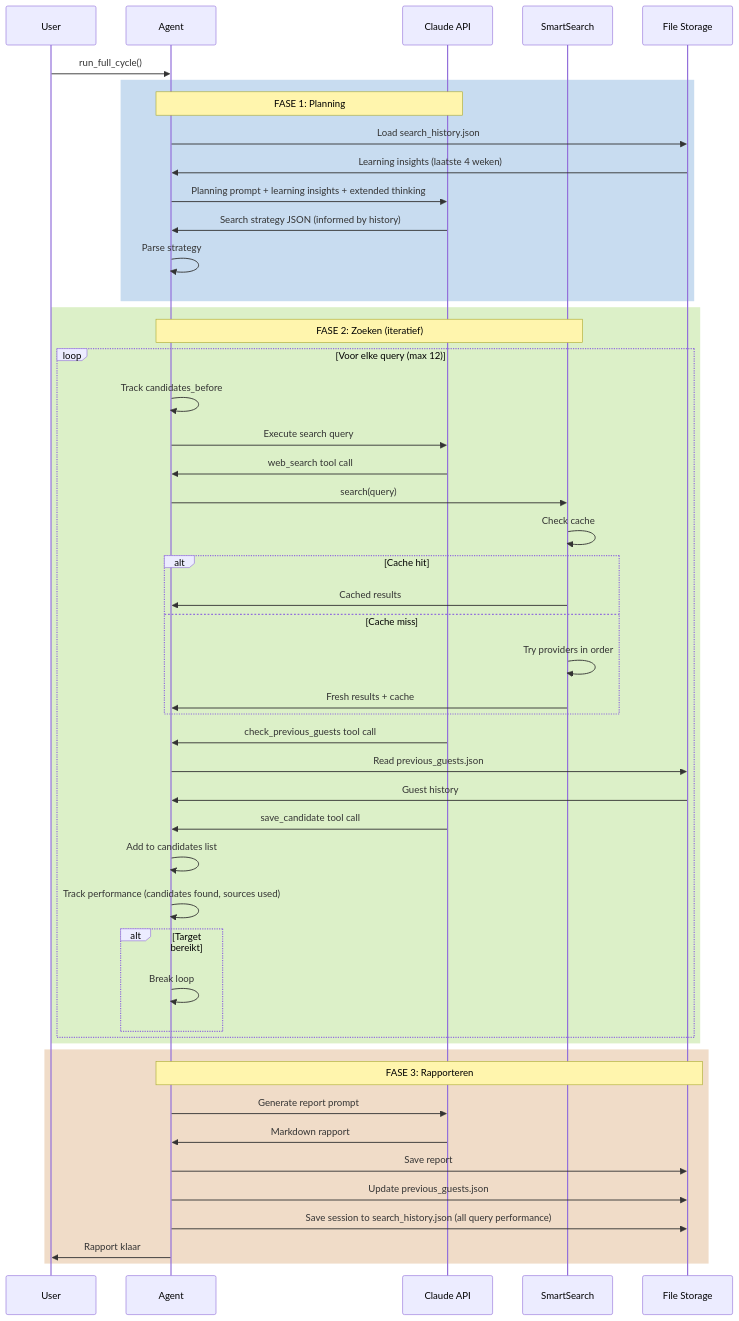
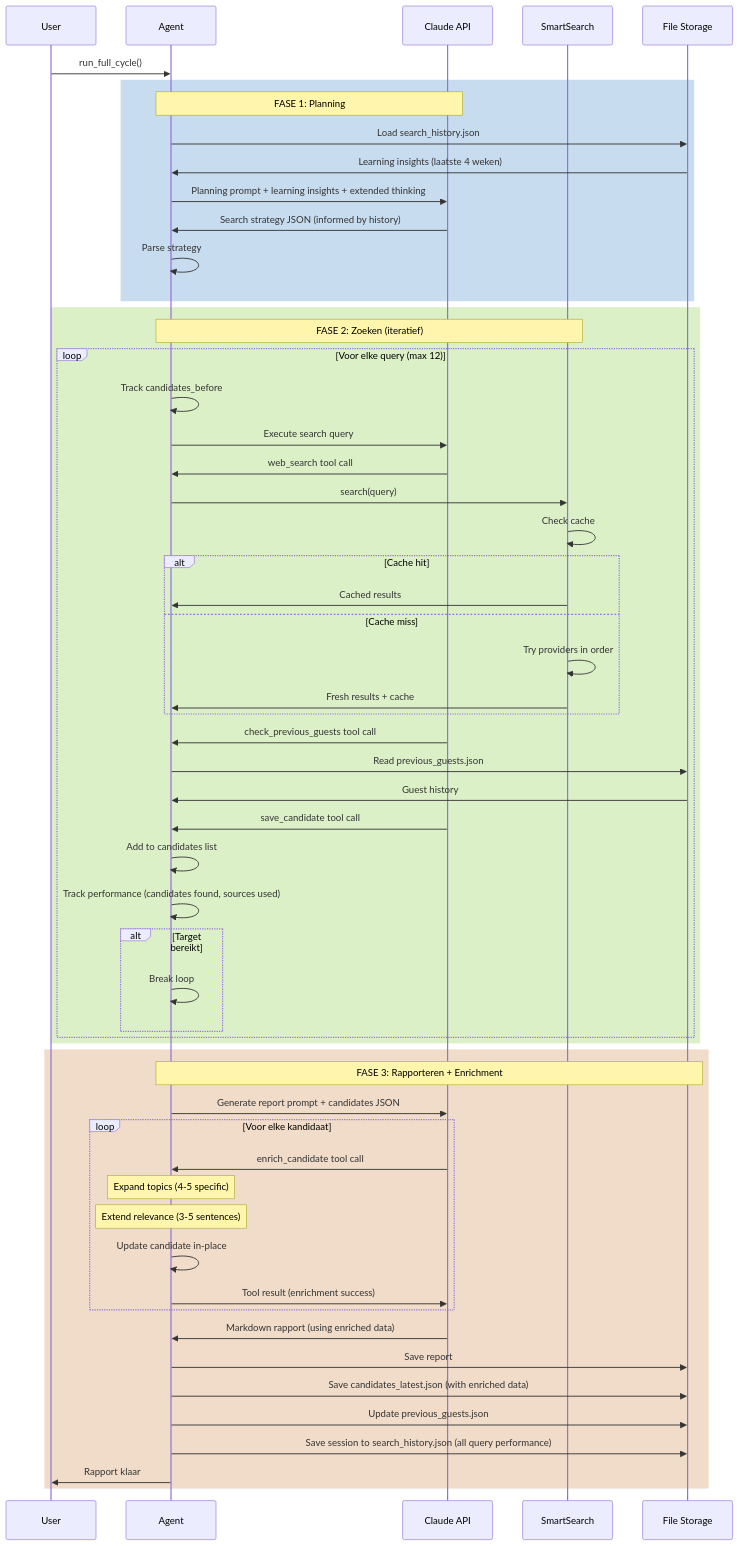
Before and after one commit to Joopsnijder/guest_search: the fourth of 9 diagrams in docs/architecture.md, drawn with Mermaid. The commit also changed other lines of this file and 6 other files, not shown here.

````diff
--- a/docs/architecture.md
+++ b/docs/architecture.md
@@ -161,55 +161,63 @@
 ```mermaid
 sequenceDiagram
     participant U as User
     participant A as Agent
     participant C as Claude API
     participant S as SmartSearch
     participant FS as File Storage
 
     U->>A: run_full_cycle()
 
     rect rgb(200, 220, 240)
         Note over A,C: FASE 1: Planning
         A->>FS: Load search_history.json
         FS->>A: Learning insights (laatste 4 weken)
         A->>C: Planning prompt + learning insights + extended thinking
         C->>A: Search strategy JSON (informed by history)
         A->>A: Parse strategy
     end
 
     rect rgb(220, 240, 200)
         Note over A,S: FASE 2: Zoeken (iteratief)
         loop Voor elke query (max 12)
             A->>A: Track candidates_before
             A->>C: Execute search query
             C->>A: web_search tool call
             A->>S: search(query)
             S->>S: Check cache
             alt Cache hit
                 S->>A: Cached results
             else Cache miss
                 S->>S: Try providers in order
                 S->>A: Fresh results + cache
             end
             C->>A: check_previous_guests tool call
             A->>FS: Read previous_guests.json
             FS->>A: Guest history
             C->>A: save_candidate tool call
             A->>A: Add to candidates list
             A->>A: Track performance (candidates found, sources used)
             alt Target bereikt
                 A->>A: Break loop
             end
         end
     end
 
     rect rgb(240, 220, 200)
-        Note over A,FS: FASE 3: Rapporteren
-        A->>C: Generate report prompt
-        C->>A: Markdown rapport
+        Note over A,FS: FASE 3: Rapporteren + Enrichment
+        A->>C: Generate report prompt + candidates JSON
+        loop Voor elke kandidaat
+            C->>A: enrich_candidate tool call
+            Note over A: Expand topics (4-5 specific)
+            Note over A: Extend relevance (3-5 sentences)
+            A->>A: Update candidate in-place
+            A->>C: Tool result (enrichment success)
+        end
+        C->>A: Markdown rapport (using enriched data)
         A->>FS: Save report
+        A->>FS: Save candidates_latest.json (with enriched data)
         A->>FS: Update previous_guests.json
         A->>FS: Save session to search_history.json (all query performance)
         A->>U: Rapport klaar
     end
 ```
````
